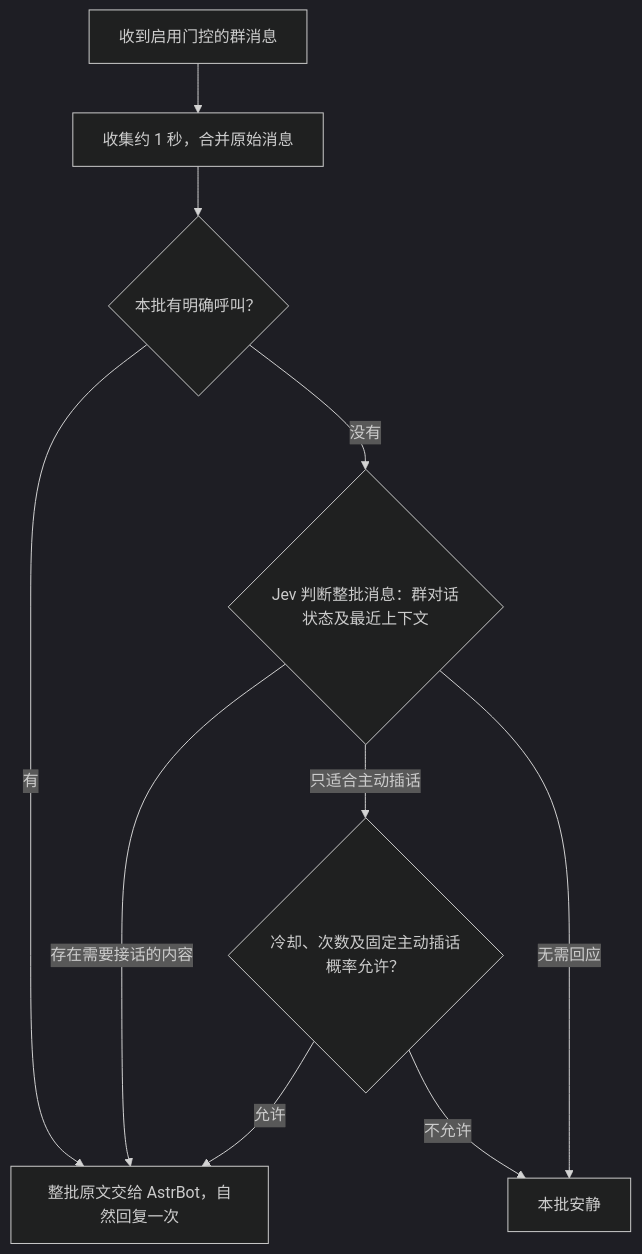
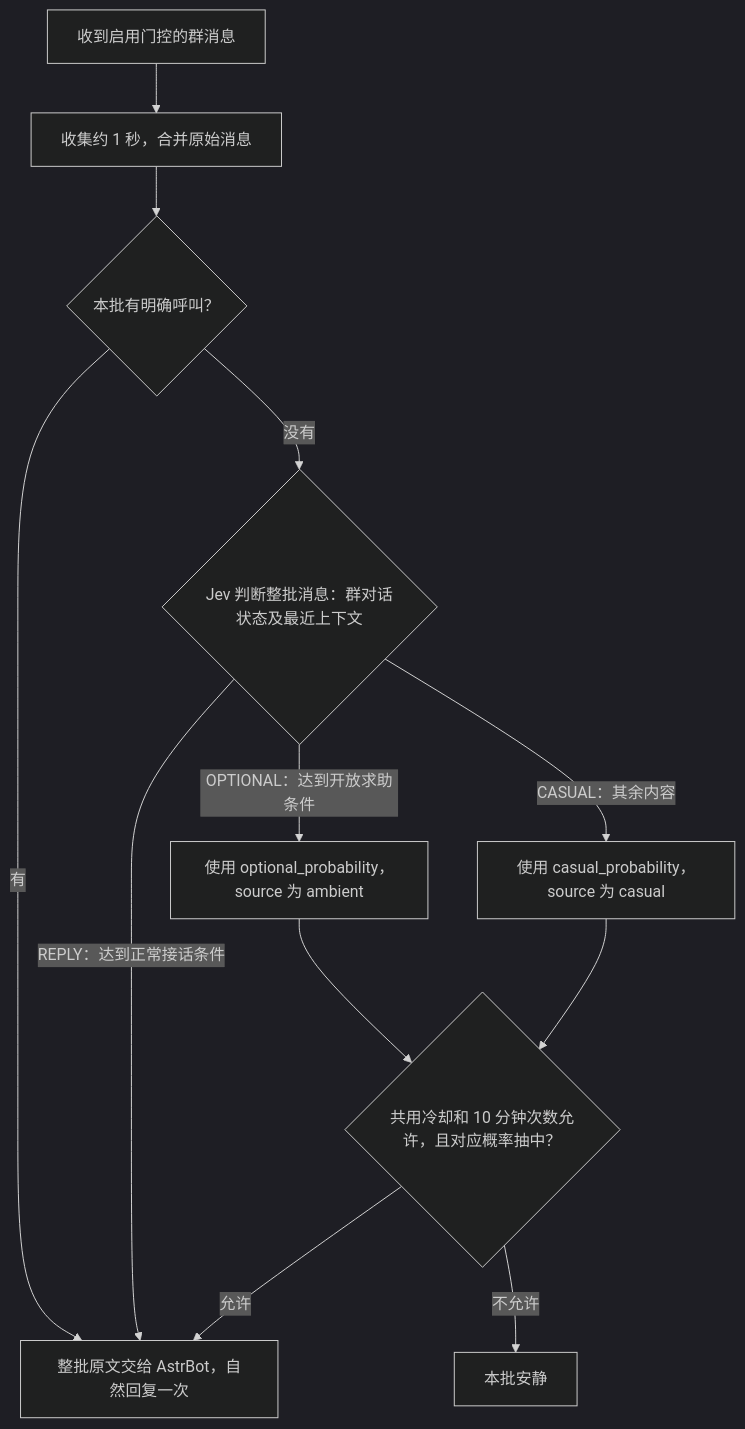
The diagram in README.md (panchen00001-blip/astrbot_plugin_whale_reply_gate), drawn with Mermaid (dark theme) before and after one commit. The commit also changed other lines of this file and 9 other files, not shown here.

````diff
--- a/README.md
+++ b/README.md
@@ -54,12 +54,14 @@
 ```mermaid
 flowchart TD
     A[收到启用门控的群消息] --> B[收集约 1 秒，合并原始消息]
     B --> C{本批有明确呼叫？}
     C -->|有| R[整批原文交给 AstrBot，自然回复一次]
     C -->|没有| J{Jev 判断整批消息：群对话状态及最近上下文}
-    J -->|存在需要接话的内容| R
-    J -->|只适合主动插话| P{冷却、次数及固定主动插话概率允许？}
-    J -->|无需回应| S[本批安静]
+    J -->|REPLY：达到正常接话条件| R
+    J -->|OPTIONAL：达到开放求助条件| O[使用 optional_probability，source 为 ambient]
+    J -->|CASUAL：其余内容| Q[使用 casual_probability，source 为 casual]
+    O --> P{共用冷却和 10 分钟次数允许，且对应概率抽中？}
+    Q --> P
     P -->|允许| R
-    P -->|不允许| S
+    P -->|不允许| S[本批安静]
 ```
````
